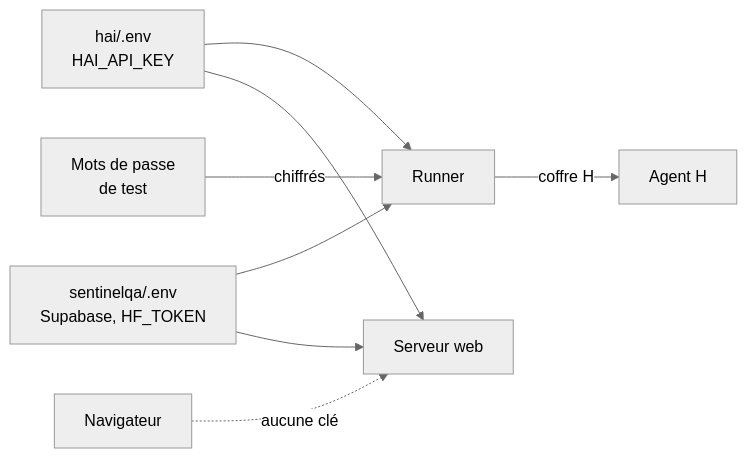
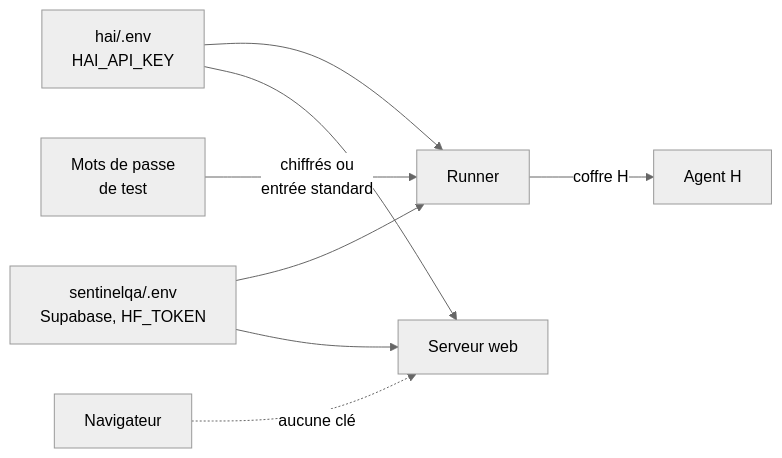
Before and after one commit to jkinvi-byte/hsentinel-alertes: the ninth of 9 diagrams in ARCHITECTURE.md, drawn with Mermaid (neutral theme). The commit also changed other lines of this file and 11 other files, not shown here.

First line of the commit message:
QA connecté sur Peer Review ; agent QA public recréé ; architecture relue contre le code

````diff
--- a/ARCHITECTURE.md
+++ b/ARCHITECTURE.md
@@ -228,10 +244,10 @@
 ```mermaid
 flowchart LR
   K1["hai/.env<br/>HAI_API_KEY"] --> RUN["Runner"]
   K1 --> WS["Serveur web"]
   K2["sentinelqa/.env<br/>Supabase, HF_TOKEN"] --> RUN
   K2 --> WS
   NAV["Navigateur"] -. "aucune clé" .-> WS
-  MDP["Mots de passe<br/>de test"] -- "chiffrés" --> RUN
+  MDP["Mots de passe<br/>de test"] -- "chiffrés ou<br/>entrée standard" --> RUN
   RUN -- "coffre H" --> AG["Agent H"]
 ```
````
